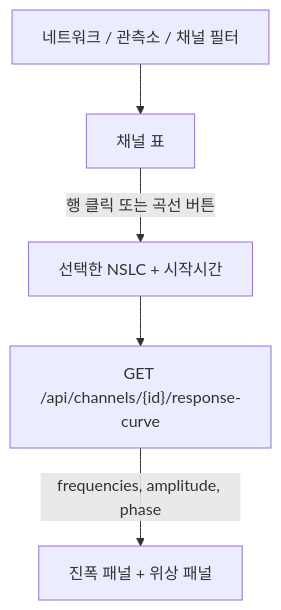
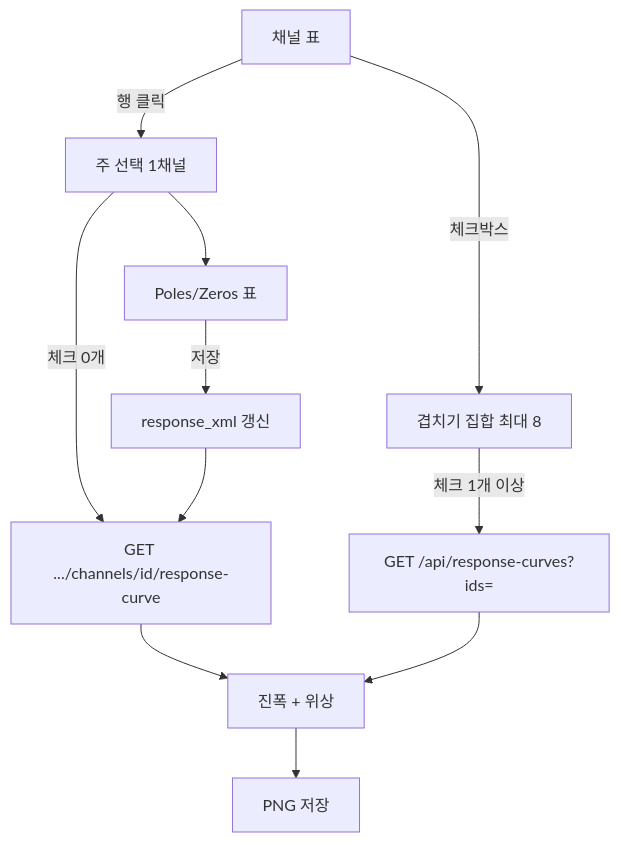
One commit to kerc-bikim/dev changed the diagram in stationxml_manager/RESPONSE_CHART.md. Above: the diagram before and after it, drawn with Mermaid. The commit also changed other lines of this file and 3 other files, not shown here.

First line of the commit message:
Plan overlay, poles/zeros edit, and PNG export for response curves.

````diff
--- a/stationxml_manager/RESPONSE_CHART.md
+++ b/stationxml_manager/RESPONSE_CHART.md
@@ -45,12 +54,14 @@
 ```mermaid
 flowchart TB
-  filt[네트워크 / 관측소 / 채널 필터]
   table[채널 표]
-  pick[선택한 NSLC + 시작시간]
-  api["GET /api/channels/{id}/response-curve"]
-  chart[진폭 패널 + 위상 패널]
-  filt --> table
-  table -->|행 클릭 또는 곡선 버튼| pick
-  pick --> api
-  api -->|frequencies, amplitude, phase| chart
+  table -->|행 클릭| primary[주 선택 1채널]
+  table -->|체크박스| overlay[겹치기 집합 최대 8]
+  primary -->|체크 0개| api1["GET .../channels/id/response-curve"]
+  overlay -->|체크 1개 이상| apiN["GET /api/response-curves?ids="]
+  api1 --> chart[진폭 + 위상]
+  apiN --> chart
+  chart --> png[PNG 저장]
+  primary --> pz[Poles/Zeros 표]
+  pz -->|저장| blob[response_xml 갱신]
+  blob --> api1
 ```
````
